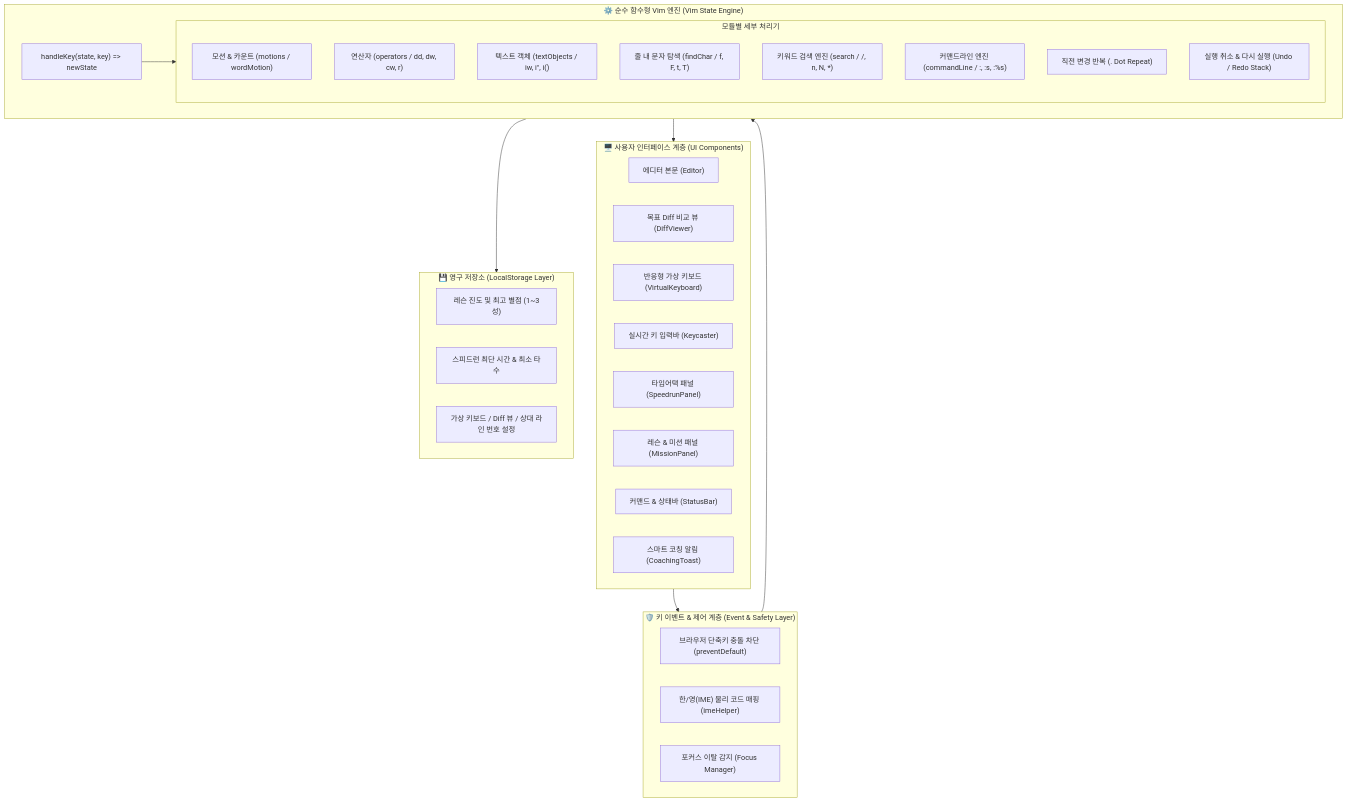
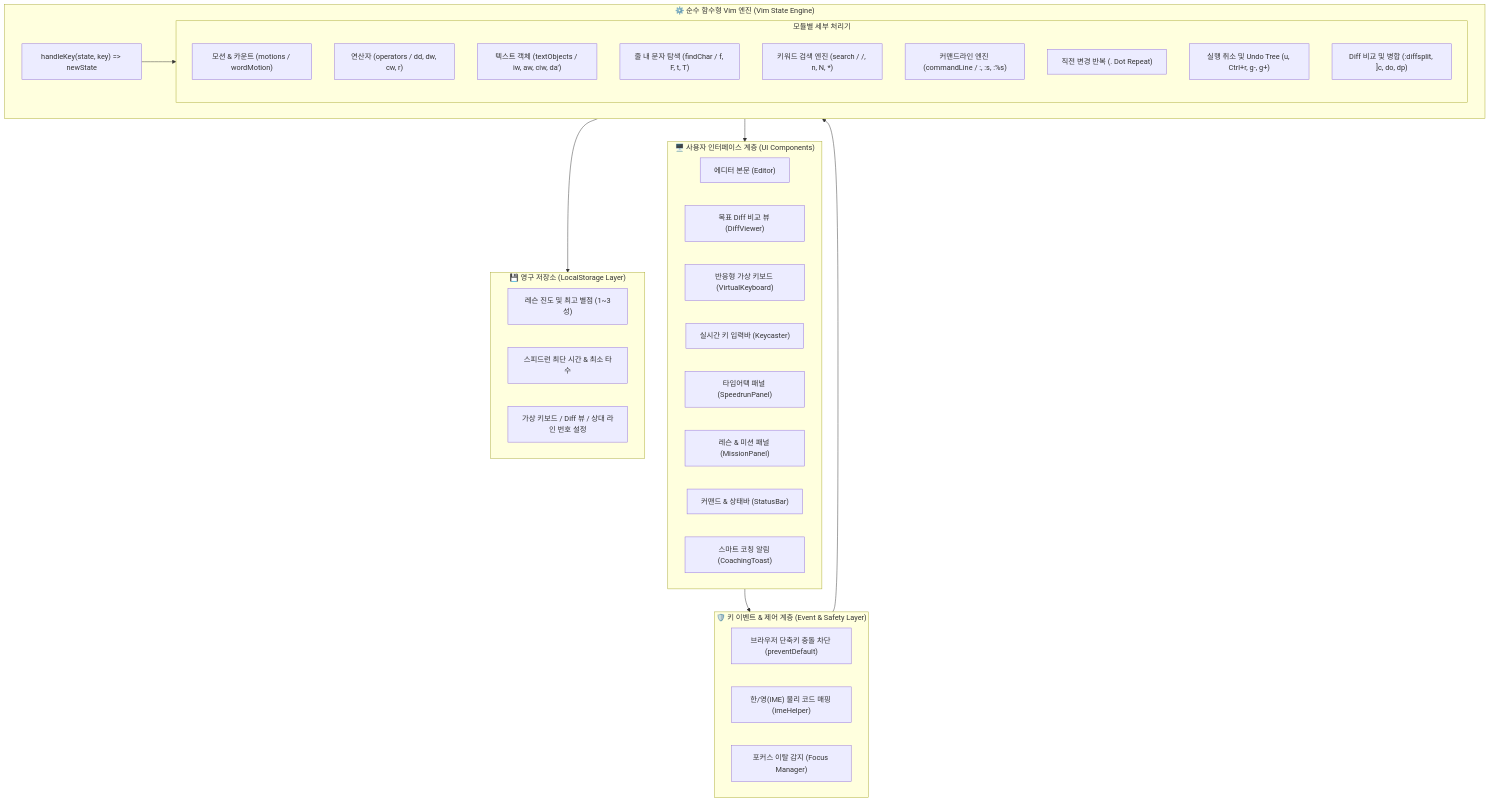
One commit to typoscript/VimPracticeOnWeb changed the diagram in README.md. Above: the diagram before and after it, drawn with Mermaid.

Commit message:
fix(docs): README 시스템 아키텍처 Mermaid 다이어그램 파싱 문법 오류 수정

````diff
--- a/README.md
+++ b/README.md
@@ -11,45 +11,46 @@
 ```mermaid
 flowchart TD
     subgraph UI_Layer["🖥️ 사용자 인터페이스 계층 (UI Components)"]
         Editor["에디터 본문 (Editor)"]
         DiffViewer["목표 Diff 비교 뷰 (DiffViewer)"]
         VirtualKeyboard["반응형 가상 키보드 (VirtualKeyboard)"]
         Keycaster["실시간 키 입력바 (Keycaster)"]
         SpeedrunPanel["타임어택 패널 (SpeedrunPanel)"]
         MissionPanel["레슨 & 미션 패널 (MissionPanel)"]
         StatusBar["커맨드 & 상태바 (StatusBar)"]
         CoachingToast["스마트 코칭 알림 (CoachingToast)"]
     end
 
     subgraph Event_Layer["🛡️ 키 이벤트 & 제어 계층 (Event & Safety Layer)"]
         KeyFilter["브라우저 단축키 충돌 차단 (preventDefault)"]
         ImeNormalizer["한/영(IME) 물리 코드 매핑 (imeHelper)"]
         FocusManager["포커스 이탈 감지 (Focus Manager)"]
     end
 
     subgraph Core_Engine["⚙️ 순수 함수형 Vim 엔진 (Vim State Engine)"]
         Reducer["handleKey(state, key) => newState"]
         subgraph Sub_Engines["모듈별 세부 처리기"]
             Motions["모션 & 카운트 (motions / wordMotion)"]
             Operators["연산자 (operators / dd, dw, cw, r)"]
-            TextObjects["텍스트 객체 (textObjects / iw, i&quot;, i()"]
+            TextObjects["텍스트 객체 (textObjects / iw, aw, ciw, da')"]
             FindChar["줄 내 문자 탐색 (findChar / f, F, t, T)"]
             SearchEngine["키워드 검색 엔진 (search / /, n, N, *)"]
             CommandLine["커맨드라인 엔진 (commandLine / :, :s, :%s)"]
             DotRepeat["직전 변경 반복 (. Dot Repeat)"]
-            UndoRedo["실행 취소 & 다시 실행 (Undo / Redo Stack)"]
+            UndoRedo["실행 취소 및 Undo Tree (u, Ctrl+r, g-, g+)"]
+            DiffEngine["Diff 비교 및 병합 (:diffsplit, ]c, do, dp)"]
         end
     end
 
     subgraph Storage_Layer["💾 영구 저장소 (LocalStorage Layer)"]
         ProgressStore["레슨 진도 및 최고 별점 (1~3성)"]
         SpeedrunStore["스피드런 최단 시간 & 최소 타수"]
         SettingsStore["가상 키보드 / Diff 뷰 / 상대 라인 번호 설정"]
     end
 
     UI_Layer --> Event_Layer
     Event_Layer --> Core_Engine
     Reducer --> Sub_Engines
     Core_Engine --> UI_Layer
     Core_Engine --> Storage_Layer
 ```
````
